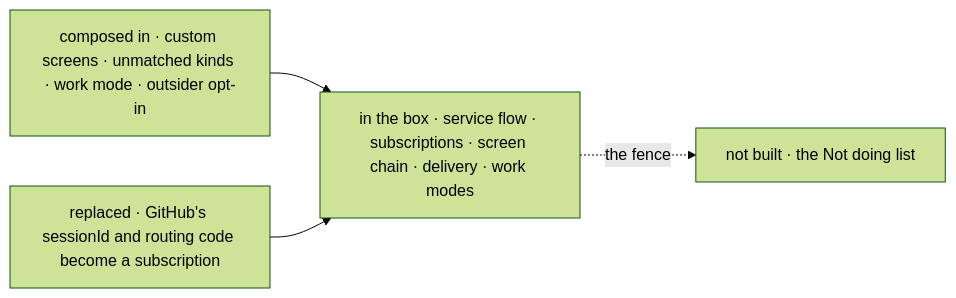
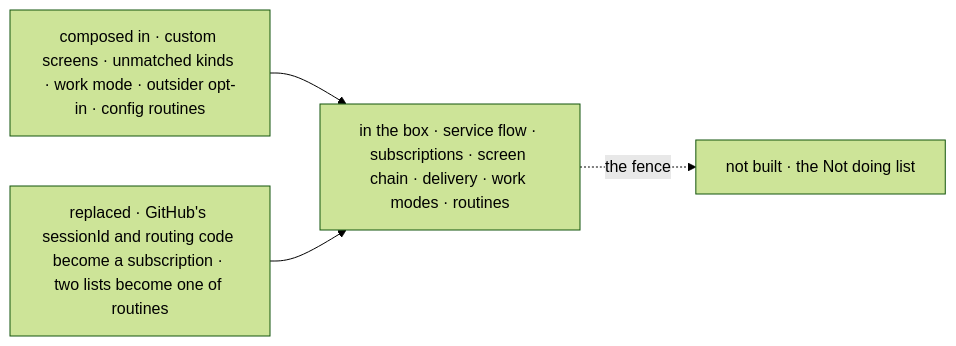
The second of 3 diagrams in specs/epics/FIX-2471/SPEC.md (fixpoint-labs/flow-state-dev), drawn with Mermaid (forest theme) before and after one commit. The commit also changed other lines of this file and 4 other files, not shown here.

First line of the commit message:
spec(epic): FIX-2471 amend for routines (FIX-2614) and config-seeded polling

````diff
--- a/specs/epics/FIX-2471/SPEC.md
+++ b/specs/epics/FIX-2471/SPEC.md
@@ -67,6 +70,6 @@
 ```mermaid
 flowchart LR
-  A["composed in · custom screens · unmatched kinds · work mode · outsider opt-in"] --> B["in the box · service flow · subscriptions · screen chain · delivery · work modes"]
-  R["replaced · GitHub's sessionId and routing code become a subscription"] --> B
+  A["composed in · custom screens · unmatched kinds · work mode · outsider opt-in · config routines"] --> B["in the box · service flow · subscriptions · screen chain · delivery · work modes · routines"]
+  R["replaced · GitHub's sessionId and routing code become a subscription · two lists become one of routines"] --> B
   B -.->|"the fence"| N["not built · the Not doing list"]
 ```
````
